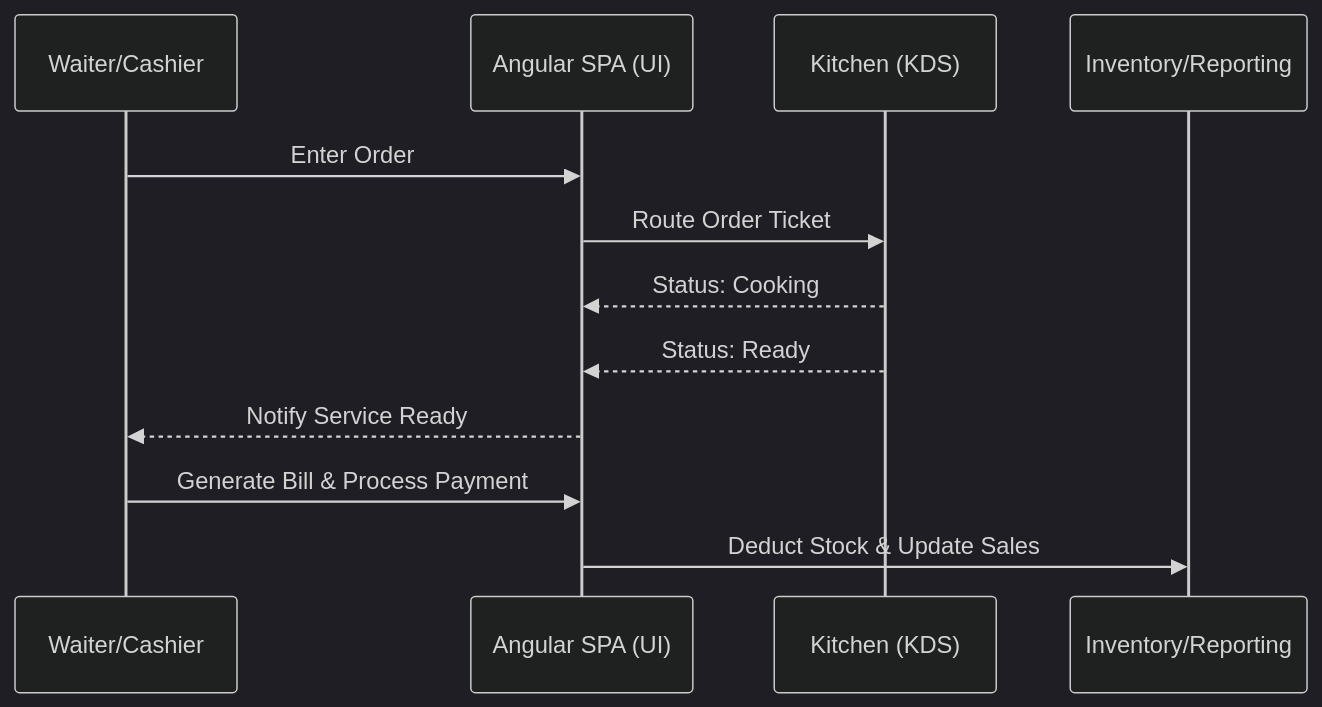
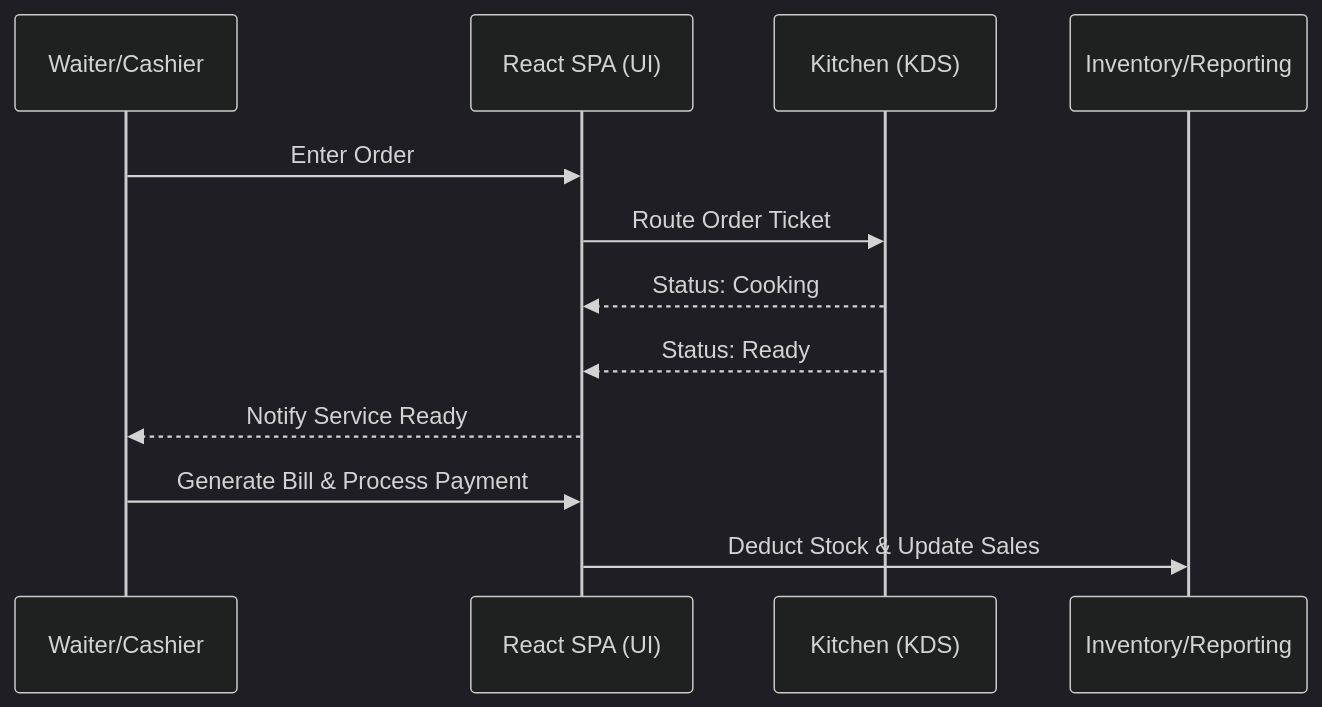
One commit to shams909/Restaurant-management-system changed the second of 6 diagrams in FINAL_MASTER_DOCUMENTATION.md. Above: the diagram before and after it, drawn with Mermaid (dark theme). The commit also changed other lines of this file, not shown here.

Commit message:
docs: update architecture documentation to reflect transition from Angular to React and condense project timeline to 8 weeks

````diff
--- a/FINAL_MASTER_DOCUMENTATION.md
+++ b/FINAL_MASTER_DOCUMENTATION.md
@@ -96,15 +96,15 @@
 ```mermaid
 sequenceDiagram
     participant Waiter/Cashier
-    participant Angular SPA (UI)
+    participant React SPA (UI)
     participant Kitchen (KDS)
     participant Inventory/Reporting
     
-    Waiter/Cashier->>Angular SPA (UI): Enter Order
-    Angular SPA (UI)->>Kitchen (KDS): Route Order Ticket
-    Kitchen (KDS)-->>Angular SPA (UI): Status: Cooking
-    Kitchen (KDS)-->>Angular SPA (UI): Status: Ready
-    Angular SPA (UI)-->>Waiter/Cashier: Notify Service Ready
-    Waiter/Cashier->>Angular SPA (UI): Generate Bill & Process Payment
-    Angular SPA (UI)->>Inventory/Reporting: Deduct Stock & Update Sales
+    Waiter/Cashier->>React SPA (UI): Enter Order
+    React SPA (UI)->>Kitchen (KDS): Route Order Ticket
+    Kitchen (KDS)-->>React SPA (UI): Status: Cooking
+    Kitchen (KDS)-->>React SPA (UI): Status: Ready
+    React SPA (UI)-->>Waiter/Cashier: Notify Service Ready
+    Waiter/Cashier->>React SPA (UI): Generate Bill & Process Payment
+    React SPA (UI)->>Inventory/Reporting: Deduct Stock & Update Sales
 ```
````
